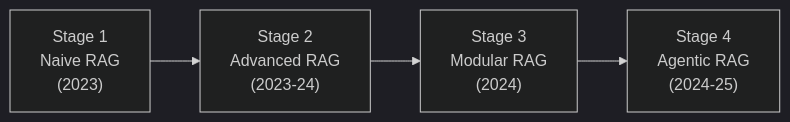
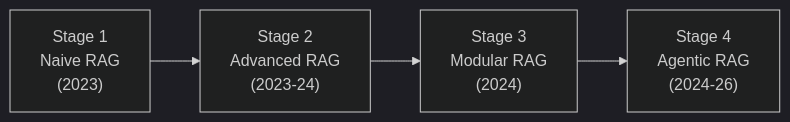
The diagram in lectures/week05-rag/01-RAG-Evolution.md (sawanruparel/applied-ai-course), drawn with Mermaid (dark theme) before and after one commit. The commit also changed other lines of this file and 65 other files, not shown here.

````diff
--- a/lectures/week05-rag/01-RAG-Evolution.md
+++ b/lectures/week05-rag/01-RAG-Evolution.md
@@ -9,6 +9,6 @@
 ```mermaid
 flowchart LR
     S1["Stage 1<br/>Naive RAG<br/>(2023)"] --> S2["Stage 2<br/>Advanced RAG<br/>(2023-24)"]
     S2 --> S3["Stage 3<br/>Modular RAG<br/>(2024)"]
-    S3 --> S4["Stage 4<br/>Agentic RAG<br/>(2024-25)"]
+    S3 --> S4["Stage 4<br/>Agentic RAG<br/>(2024-26)"]
 ```
````
